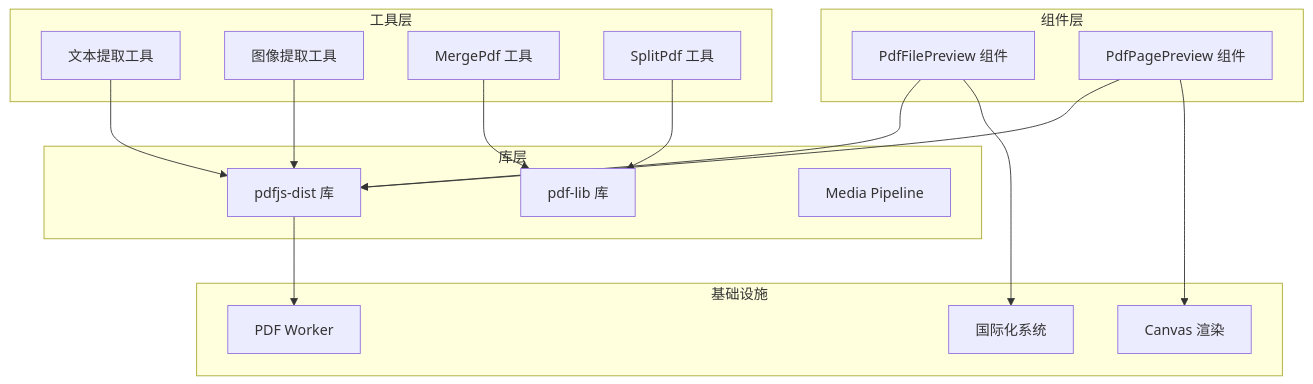
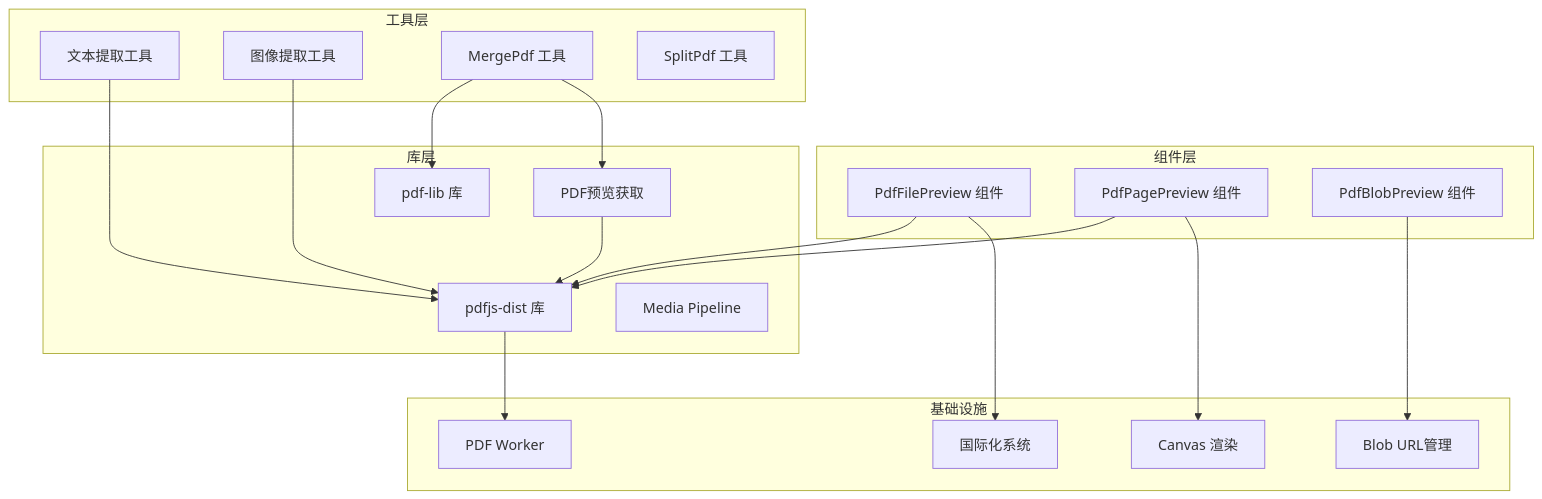
One commit to sgyy/privadeck changed the first of 6 diagrams in .qoder/repowiki/zh/content/UI组件系统/共享组件/PDF文件预览组件.md. Above: the diagram before and after it, drawn with Mermaid. The commit also changed other lines of this file and 3 other files, not shown here.

First line of the commit message:
feat(pdf): 升级为PDF与图像综合处理系统

````diff
--- a/.qoder/repowiki/zh/content/UI组件系统/共享组件/PDF文件预览组件.md
+++ b/.qoder/repowiki/zh/content/UI组件系统/共享组件/PDF文件预览组件.md
@@ -38,32 +46,37 @@
 ```mermaid
 graph TB
 subgraph "组件层"
 PdfFilePreview[PdfFilePreview 组件]
 PdfPagePreview[PdfPagePreview 组件]
+PdfBlobPreview[PdfBlobPreview 组件]
 end
 subgraph "工具层"
 ExtractText[文本提取工具]
 ExtractImages[图像提取工具]
 MergePdf[MergePdf 工具]
 SplitPdf[SplitPdf 工具]
 end
 subgraph "库层"
 Pdfjs[pdfjs-dist 库]
 PdfLib[pdf-lib 库]
 MediaPipeline[Media Pipeline]
+GetPdfPreview[PDF预览获取]
 end
 subgraph "基础设施"
 Worker[PDF Worker]
 Canvas[Canvas 渲染]
 Intl[国际化系统]
+BlobURL[Blob URL管理]
 end
 PdfFilePreview --> Pdfjs
 PdfPagePreview --> Pdfjs
+PdfBlobPreview --> BlobURL
 ExtractText --> Pdfjs
 ExtractImages --> Pdfjs
 MergePdf --> PdfLib
-SplitPdf --> PdfLib
+MergePdf --> GetPdfPreview
 Pdfjs --> Worker
 PdfPagePreview --> Canvas
 PdfFilePreview --> Intl
+GetPdfPreview --> Pdfjs
 ```
````
